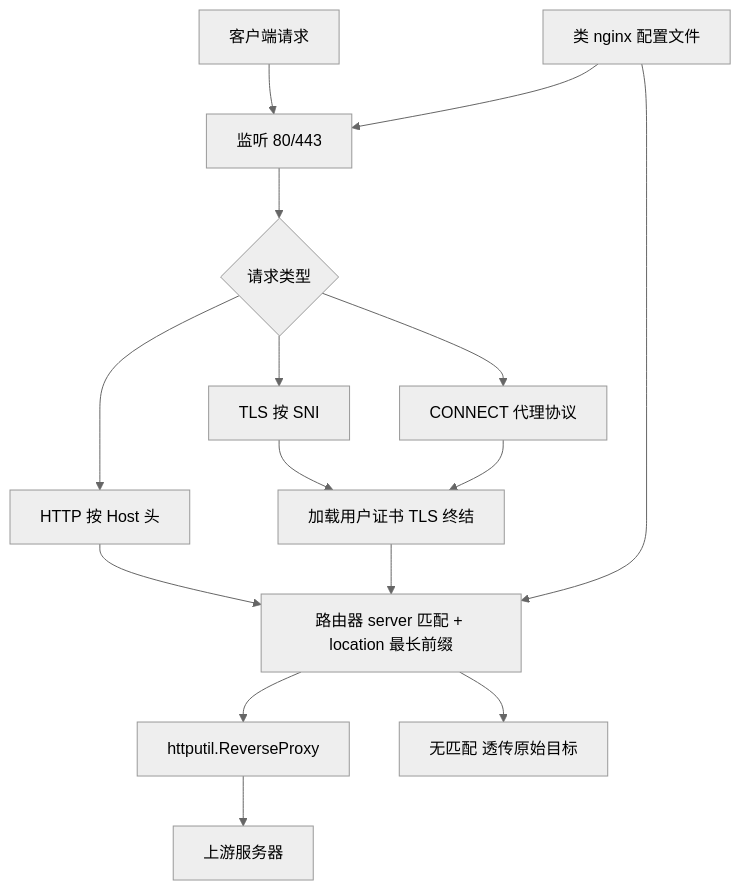
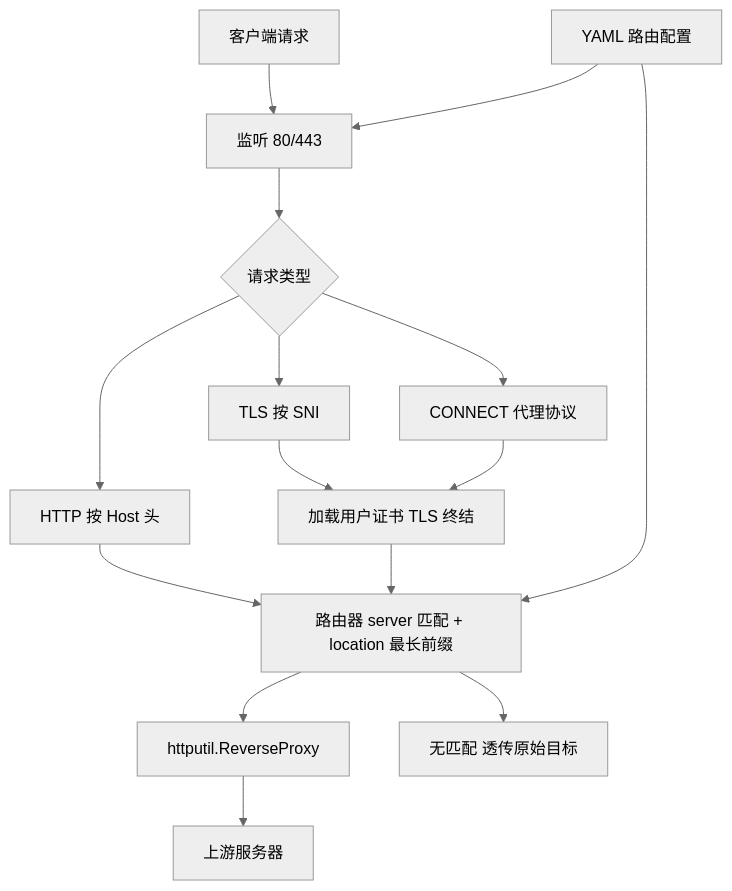
The diagram in .monkeycode/specs/device-reverse-proxy/design.md (isunk/MyReverseProxy), drawn with Mermaid (neutral theme) before and after one commit. The commit also changed other lines of this file and 2 other files, not shown here.

Commit message:
docs: 配置改为 YAML 纯路由格式，监听与证书改由命令行参数指定 Co-authored-by: monkeycode-ai <monkeycode-ai@chaitin.com>

````diff
--- a/.monkeycode/specs/device-reverse-proxy/design.md
+++ b/.monkeycode/specs/device-reverse-proxy/design.md
@@ -12,17 +12,17 @@
 ```mermaid
 graph TD
     A["客户端请求"] --> B["监听 80/443"]
     B --> C{"请求类型"}
     C --> D["HTTP 按 Host 头"]
     C --> E["TLS 按 SNI"]
     C --> F["CONNECT 代理协议"]
     E --> G["加载用户证书 TLS 终结"]
     F --> G
     D --> H["路由器 server 匹配 + location 最长前缀"]
     G --> H
     H --> I["httputil.ReverseProxy"]
     I --> J["上游服务器"]
     H --> K["无匹配 透传原始目标"]
-    L["类 nginx 配置文件"] --> B
+    L["YAML 路由配置"] --> B
     L --> H
 ```
````
